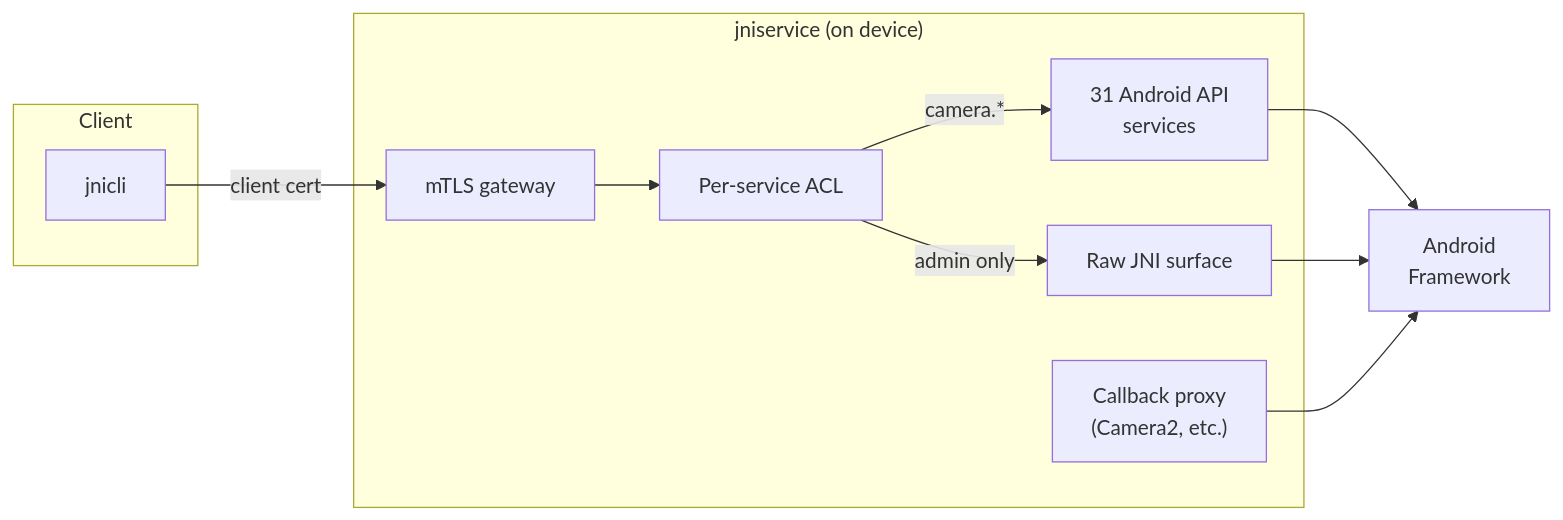
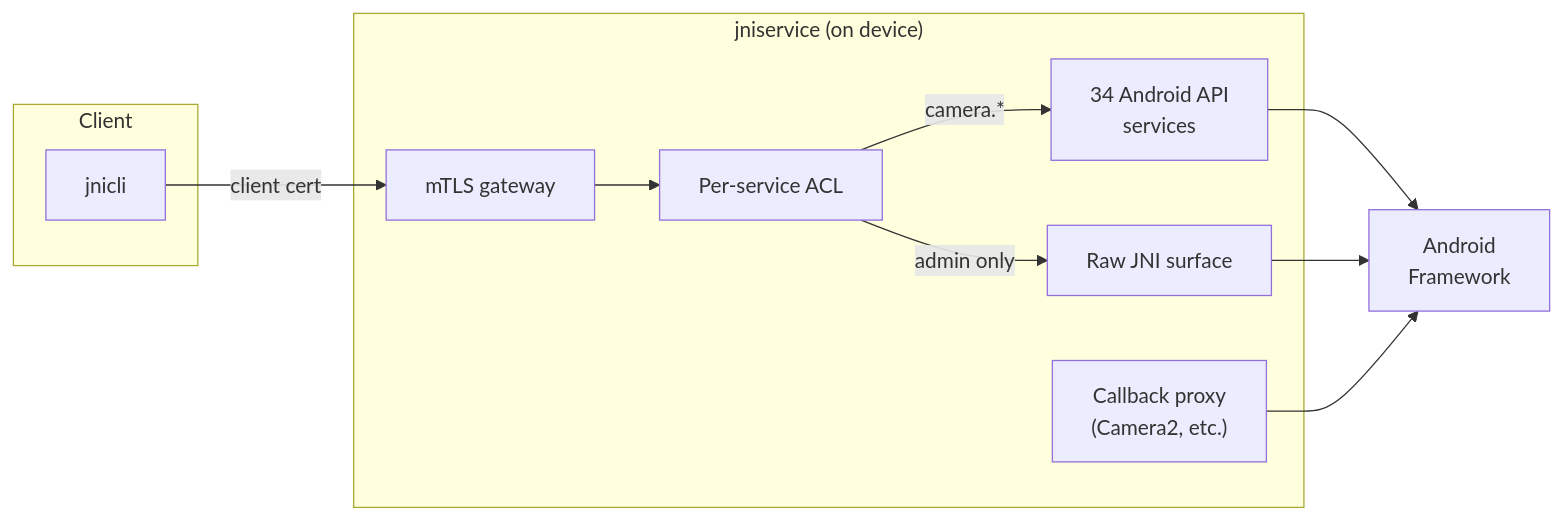
The second of 2 diagrams in README.md (AndroidGoLab/jni-proxy), drawn with Mermaid before and after one commit. The commit also changed other lines of this file, not shown here.

````diff
--- a/README.md
+++ b/README.md
@@ -45,22 +48,22 @@
 ```mermaid
 flowchart LR
     subgraph Client
         CLI["jnicli"]
     end
 
     subgraph "jniservice (on device)"
         TLS["mTLS gateway"]
         ACL["Per-service ACL"]
-        SVC["31 Android API\nservices"]
+        SVC["34 Android API\nservices"]
         RAW["Raw JNI surface"]
         PROXY["Callback proxy\n(Camera2, etc.)"]
     end
 
     CLI -->|client cert| TLS
     TLS --> ACL
     ACL -->|"camera.*"| SVC
     ACL -->|"admin only"| RAW
     SVC --> Android["Android\nFramework"]
     RAW --> Android
     PROXY --> Android
 ```
````
